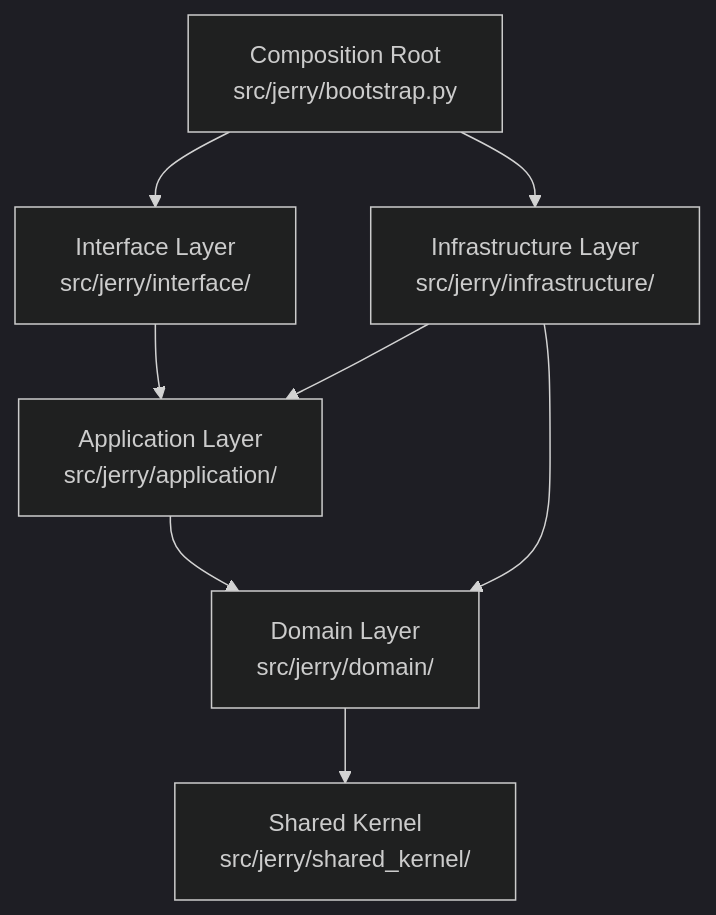
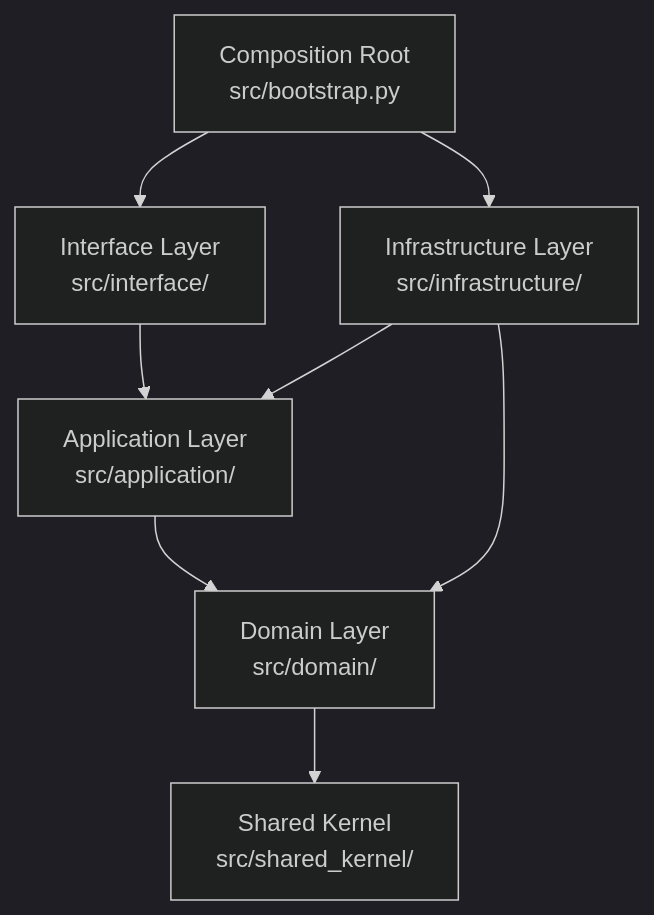
Before and after one commit to e128/tom: the diagram in lode/framework/architecture.md, drawn with Mermaid (dark theme). The commit also changed other lines of this file and 1022 other files, not shown here.

````diff
--- a/lode/framework/architecture.md
+++ b/lode/framework/architecture.md
@@ -8,11 +8,11 @@
 ```mermaid
 graph TD
-    I[Interface Layer<br/>src/jerry/interface/] --> A
-    A[Application Layer<br/>src/jerry/application/] --> D
-    D[Domain Layer<br/>src/jerry/domain/] --> SK
-    SK[Shared Kernel<br/>src/jerry/shared_kernel/]
-    INFRA[Infrastructure Layer<br/>src/jerry/infrastructure/] --> D
+    I[Interface Layer<br/>src/interface/] --> A
+    A[Application Layer<br/>src/application/] --> D
+    D[Domain Layer<br/>src/domain/] --> SK
+    SK[Shared Kernel<br/>src/shared_kernel/]
+    INFRA[Infrastructure Layer<br/>src/infrastructure/] --> D
     INFRA --> A
-    CR[Composition Root<br/>src/jerry/bootstrap.py] --> INFRA
+    CR[Composition Root<br/>src/bootstrap.py] --> INFRA
     CR --> I
 ```
````
